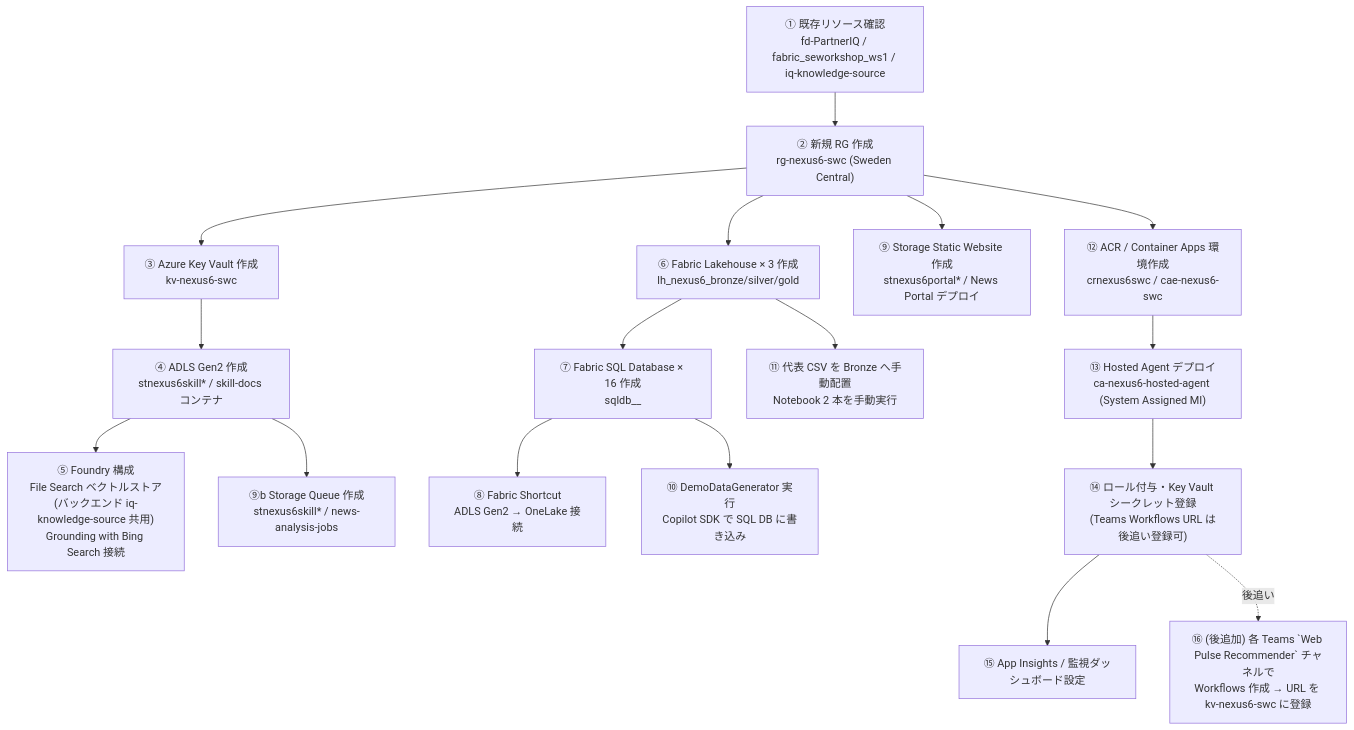
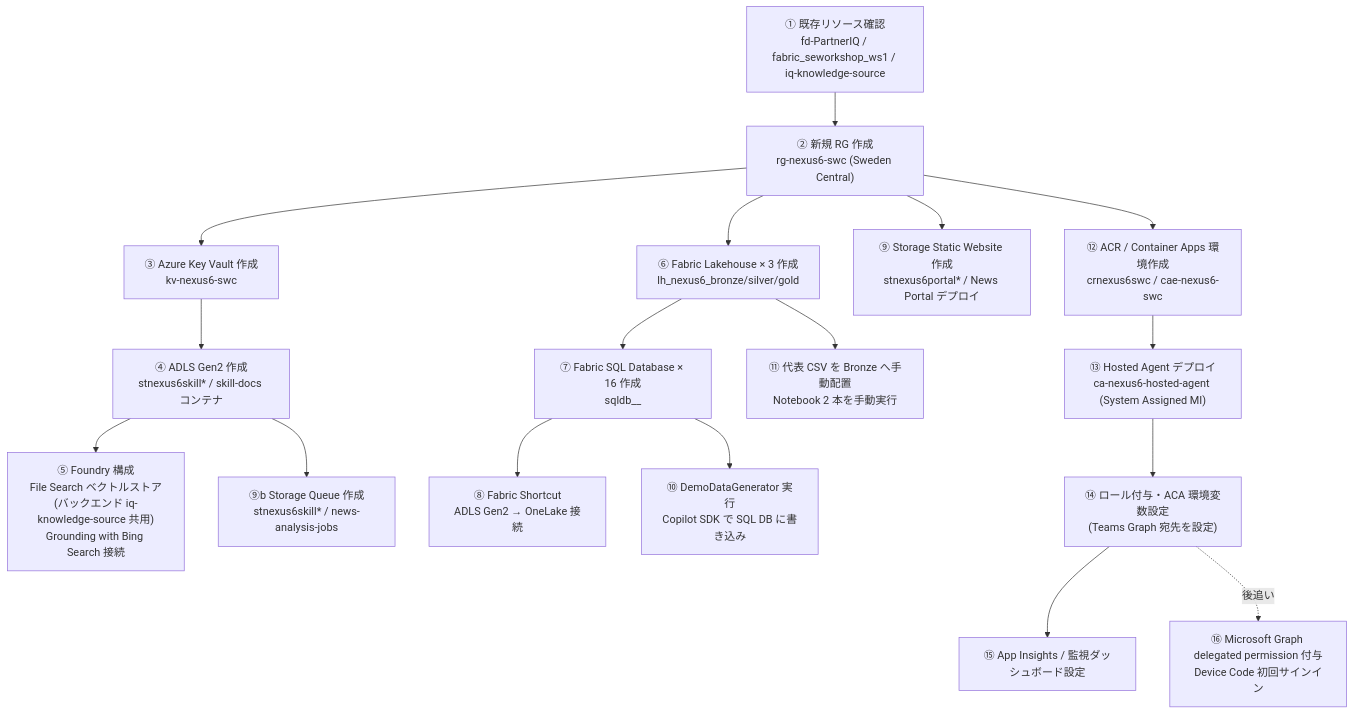
One commit to Takas0522/nexus6-se-workshop changed the second of 2 diagrams in docs/dev-plan/09-azure-m365-configuration.md. Above: the diagram before and after it, drawn with Mermaid. The commit also changed other lines of this file and 205 other files, not shown here.

````diff
--- a/docs/dev-plan/09-azure-m365-configuration.md
+++ b/docs/dev-plan/09-azure-m365-configuration.md
@@ -338,29 +345,29 @@
 ```mermaid
 flowchart TD
     S0["① 既存リソース確認\nfd-PartnerIQ / fabric_seworkshop_ws1 / iq-knowledge-source"]
     S1["② 新規 RG 作成\nrg-nexus6-swc (Sweden Central)"]
     S2["③ Azure Key Vault 作成\nkv-nexus6-swc"]
     S3["④ ADLS Gen2 作成\nstnexus6skill* / skill-docs コンテナ"]
     S4["⑤ Foundry 構成\nFile Search ベクトルストア\n(バックエンド iq-knowledge-source 共用)\nGrounding with Bing Search 接続"]
     S5["⑥ Fabric Lakehouse × 3 作成\nlh_nexus6_bronze/silver/gold"]
     S6["⑦ Fabric SQL Database × 16 作成\nsqldb_<domain>_<NN>"]
     S7["⑧ Fabric Shortcut\nADLS Gen2 → OneLake 接続"]
     S8["⑨ Storage Static Website 作成\nstnexus6portal* / News Portal デプロイ"]
     S8b["⑨b Storage Queue 作成\nstnexus6skill* / news-analysis-jobs"]
     S9["⑩ DemoDataGenerator 実行\nCopilot SDK で SQL DB に書き込み"]
     S10["⑪ 代表 CSV を Bronze へ手動配置\nNotebook 2 本を手動実行"]
     S11["⑫ ACR / Container Apps 環境作成\ncrnexus6swc / cae-nexus6-swc"]
     S12["⑬ Hosted Agent デプロイ\nca-nexus6-hosted-agent (System Assigned MI)"]
-    S13["⑭ ロール付与・Key Vault シークレット登録\n(Teams Workflows URL は後追い登録可)"]
+    S13["⑭ ロール付与・ACA 環境変数設定\n(Teams Graph 宛先を設定)"]
     S14["⑮ App Insights / 監視ダッシュボード設定"]
-    S15["⑯ (後追加) 各 Teams `Web Pulse Recommender` チャネルで\nWorkflows 作成 → URL を kv-nexus6-swc に登録"]
+    S15["⑯ Microsoft Graph delegated permission 付与\nDevice Code 初回サインイン"]
 
     S0 --> S1 --> S2 --> S3 --> S4
     S1 --> S5 --> S6 --> S7
     S1 --> S8
     S3 --> S8b
     S6 --> S9
     S5 --> S10
     S1 --> S11 --> S12 --> S13 --> S14
     S13 -.->|後追い| S15
 ```
````
